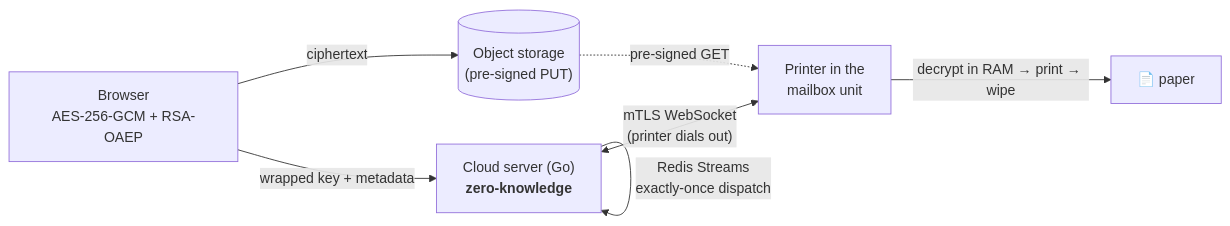
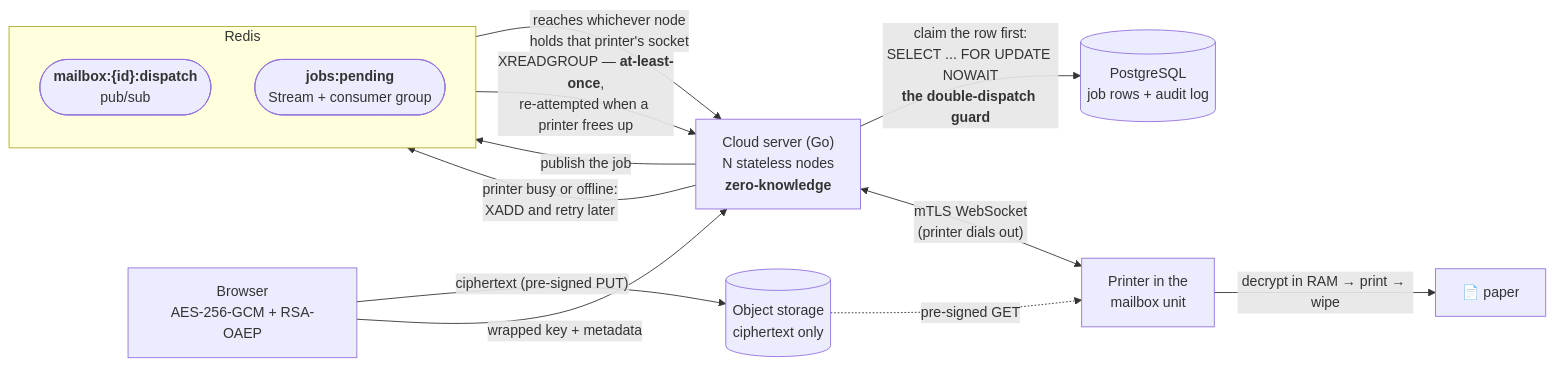
The diagram in README.md (ameerbohio/automail), drawn with Mermaid before and after one commit. The commit also changed other lines of this file, not shown here.

First paragraph of the commit message:
Draw the dispatch path the way it actually works
The architecture diagram carried a self-loop on the cloud server labelled
"Redis Streams / exactly-once dispatch". Three things wrong with one edge:

````diff
--- a/README.md
+++ b/README.md
@@ -17,9 +17,26 @@
 ```mermaid
 flowchart LR
-    B["Browser<br/>AES-256-GCM + RSA-OAEP"] -->|ciphertext| S3[("Object storage<br/>(pre-signed PUT)")]
-    B -->|"wrapped key + metadata"| C["Cloud server (Go)<br/><b>zero-knowledge</b>"]
-    C -->|"Redis Streams<br/>exactly-once dispatch"| C
-    C <-->|"mTLS WebSocket<br/>(printer dials out)"| P["Printer in the<br/>mailbox unit"]
+    B["Browser<br/>AES-256-GCM + RSA-OAEP"]
+    C["Cloud server (Go)<br/>N stateless nodes<br/><b>zero-knowledge</b>"]
+    S3[("Object storage<br/>ciphertext only")]
+    PG[("PostgreSQL<br/>job rows + audit log")]
+    P["Printer in the<br/>mailbox unit"]
+    PR["📄 paper"]
+
+    subgraph R ["Redis"]
+        direction TB
+        PS(["<b>mailbox:{id}:dispatch</b><br/>pub/sub"])
+        ST(["<b>jobs:pending</b><br/>Stream + consumer group"])
+    end
+
+    B -->|"ciphertext (pre-signed PUT)"| S3
+    B -->|"wrapped key + metadata"| C
+    C -->|"claim the row first:<br/>SELECT ... FOR UPDATE NOWAIT<br/><b>the double-dispatch guard</b>"| PG
+    C -->|"publish the job"| PS
+    PS -->|"reaches whichever node<br/>holds that printer's socket"| C
+    C -->|"printer busy or offline:<br/>XADD and retry later"| ST
+    ST -->|"XREADGROUP — <b>at-least-once</b>,<br/>re-attempted when a printer frees up"| C
+    C <-->|"mTLS WebSocket<br/>(printer dials out)"| P
     S3 -.->|"pre-signed GET"| P
-    P -->|"decrypt in RAM → print → wipe"| PR["📄 paper"]
+    P -->|"decrypt in RAM → print → wipe"| PR
 ```
````
